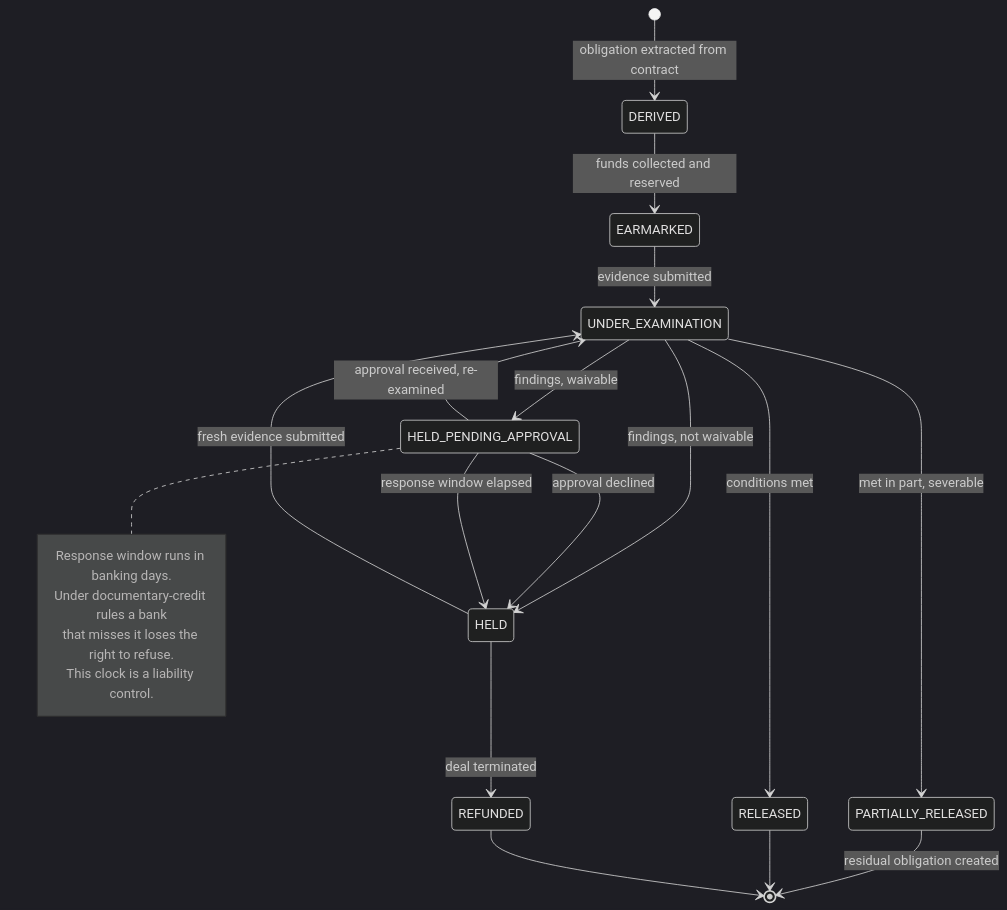
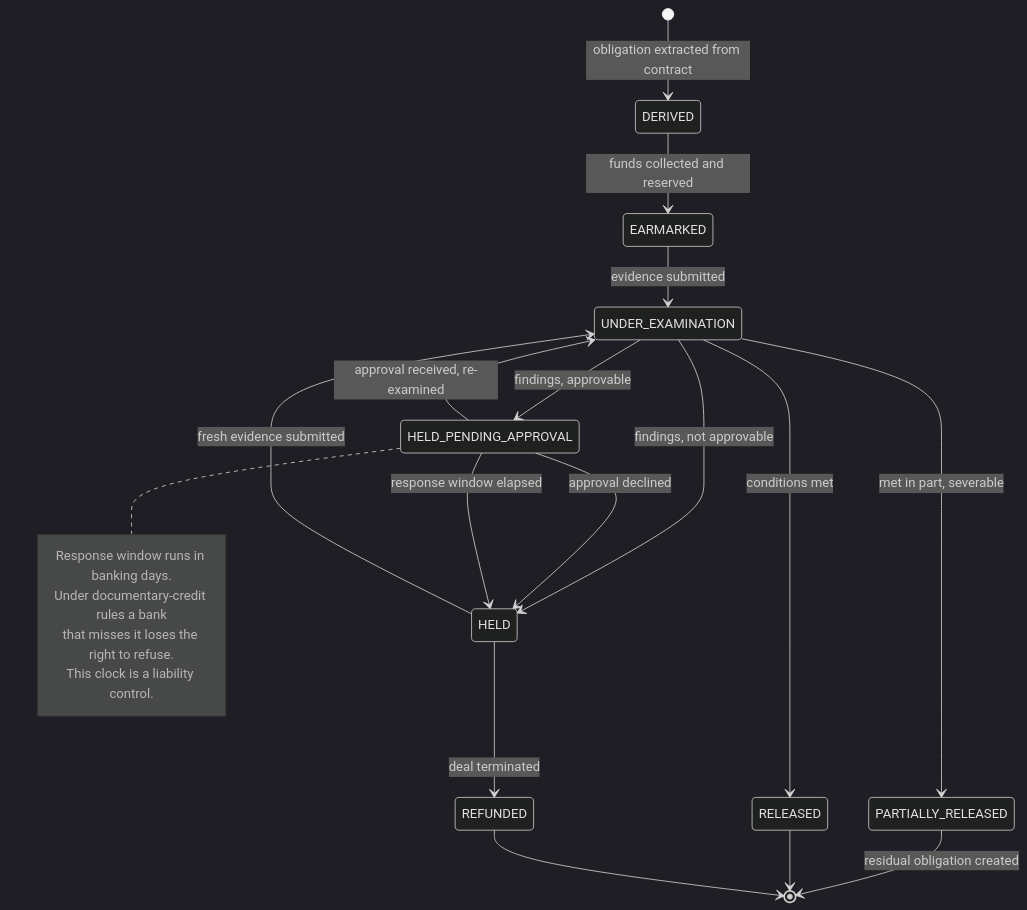
The tenth of 11 diagrams in docs/02-hld.md (pratikhunny/verdict), drawn with Mermaid (dark theme) before and after one commit. The commit also changed other lines of this file and 59 other files, not shown here.

````diff
--- a/docs/02-hld.md
+++ b/docs/02-hld.md
@@ -297,28 +498,28 @@
 ```mermaid
 stateDiagram-v2
     [*] --> DERIVED: obligation extracted from contract
     DERIVED --> EARMARKED: funds collected and reserved
     EARMARKED --> UNDER_EXAMINATION: evidence submitted
 
     UNDER_EXAMINATION --> RELEASED: conditions met
     UNDER_EXAMINATION --> PARTIALLY_RELEASED: met in part, severable
-    UNDER_EXAMINATION --> HELD_PENDING_APPROVAL: findings, waivable
-    UNDER_EXAMINATION --> HELD: findings, not waivable
+    UNDER_EXAMINATION --> HELD_PENDING_APPROVAL: findings, approvable
+    UNDER_EXAMINATION --> HELD: findings, not approvable
 
     PARTIALLY_RELEASED --> [*]: residual obligation created
     HELD_PENDING_APPROVAL --> UNDER_EXAMINATION: approval received, re-examined
     HELD_PENDING_APPROVAL --> HELD: approval declined
     HELD_PENDING_APPROVAL --> HELD: response window elapsed
 
     HELD --> UNDER_EXAMINATION: fresh evidence submitted
     HELD --> REFUNDED: deal terminated
     RELEASED --> [*]
     REFUNDED --> [*]
 
     note right of HELD_PENDING_APPROVAL
         Response window runs in banking days.
         Under documentary-credit rules a bank
         that misses it loses the right to refuse.
         This clock is a liability control.
     end note
 ```
````
